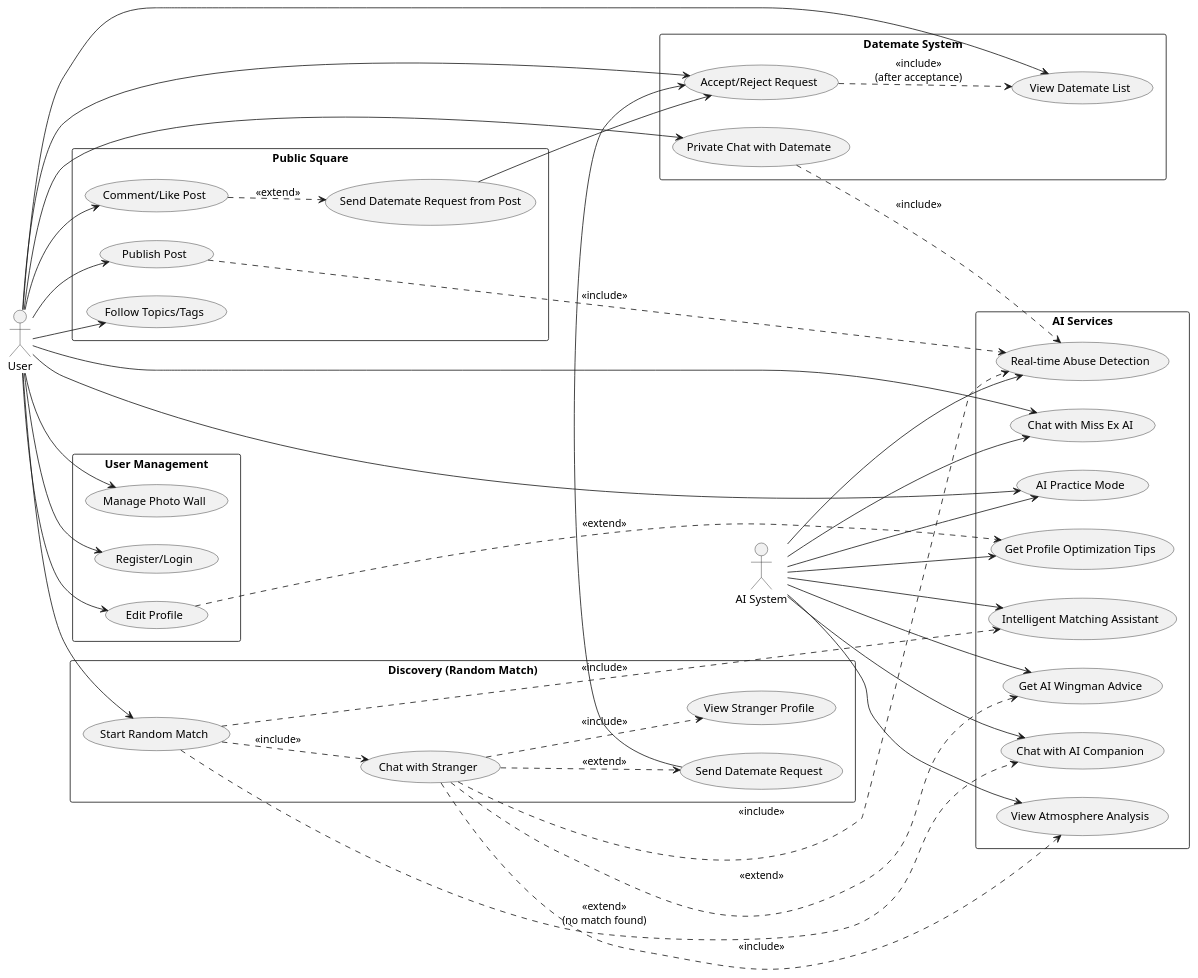
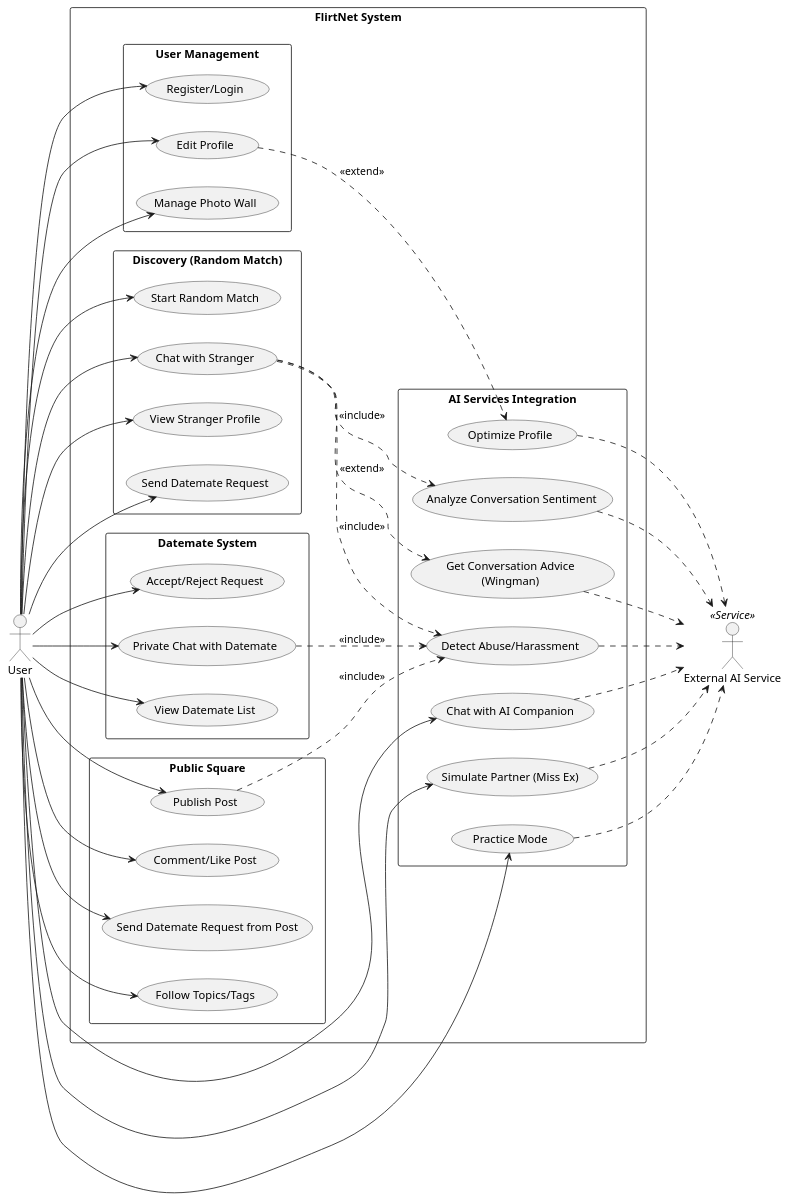
The diagram in doc/diagrams/usecase.puml (TerenceSoOn/software_design_assessment), drawn with PlantUML before and after one commit. The commit also changed 33 other files, not shown here.

Commit message:
diagrams_final

```diff
--- a/doc/diagrams/usecase.puml
+++ b/doc/diagrams/usecase.puml
@@ -1,97 +1,88 @@
 @startuml
 left to right direction
 skinparam packageStyle rectangle
 
 actor "User" as U
-actor "AI System" as AI
+actor "External AI Service" as AI_API <<Service>>
 
-rectangle "User Management" {
-  usecase "Register/Login" as UC_Auth
-  usecase "Edit Profile" as UC_EditProfile
-  usecase "Manage Photo Wall" as UC_Photos
+rectangle "FlirtNet System" {
+
+  package "User Management" {
+    usecase "Register/Login" as UC_Auth
+    usecase "Edit Profile" as UC_EditProfile
+    usecase "Manage Photo Wall" as UC_Photos
+  }
+
+  package "Discovery (Random Match)" {
+    usecase "Start Random Match" as UC_Match
+    usecase "Chat with Stranger" as UC_ChatRandom
+    usecase "View Stranger Profile" as UC_ViewProfile
+    usecase "Send Datemate Request" as UC_SendReq_Match
+  }
+
+  package "Datemate System" {
+    usecase "Accept/Reject Request" as UC_HandleReq
+    usecase "Private Chat with Datemate" as UC_ChatPrivate
+    usecase "View Datemate List" as UC_ViewDatemates
+  }
+
+  package "Public Square" {
+    usecase "Publish Post" as UC_Post
+    usecase "Comment/Like Post" as UC_Interact
+    usecase "Send Datemate Request from Post" as UC_SendReq_Post
+    usecase "Follow Topics/Tags" as UC_Follow
+  }
+
+  package "AI Services Integration" {
+    usecase "Get Conversation Advice\n(Wingman)" as UC_AI_Wingman
+    usecase "Analyze Conversation Sentiment" as UC_AI_Atmosphere
+    usecase "Detect Abuse/Harassment" as UC_AI_Safety
+    usecase "Optimize Profile" as UC_AI_Profile
+    usecase "Chat with AI Companion" as UC_AI_Companion
+    usecase "Simulate Partner (Miss Ex)" as UC_AI_Ex
+    usecase "Practice Mode" as UC_AI_Practice
+  }
 }
 
-rectangle "Discovery (Random Match)" {
-  usecase "Start Random Match" as UC_Match
-  usecase "Chat with Stranger" as UC_ChatRandom
-  usecase "View Stranger Profile" as UC_ViewProfile
-  usecase "Send Datemate Request" as UC_SendReq_Match
-}
-
-rectangle "Datemate System" {
-  usecase "Accept/Reject Request" as UC_HandleReq
-  usecase "Private Chat with Datemate" as UC_ChatPrivate
-  usecase "View Datemate List" as UC_ViewDatemates
-}
-
-rectangle "Public Square" {
-  usecase "Publish Post" as UC_Post
-  usecase "Comment/Like Post" as UC_Interact
-  usecase "Send Datemate Request from Post" as UC_SendReq_Post
-  usecase "Follow Topics/Tags" as UC_Follow
-}
-
-rectangle "AI Services" {
-  usecase "Chat with AI Companion" as UC_AI_Companion
-  usecase "Chat with Miss Ex AI" as UC_AI_Ex
-  usecase "AI Practice Mode" as UC_AI_Practice
-  usecase "Get AI Wingman Advice" as UC_AI_Wingman
-  usecase "View Atmosphere Analysis" as UC_AI_Atmosphere
-  usecase "Get Profile Optimization Tips" as UC_AI_Profile
-  usecase "Real-time Abuse Detection" as UC_AI_Safety
-  usecase "Intelligent Matching Assistant" as UC_AI_Matching
-}
-
-' User Management
+' User Interactions
 U --> UC_Auth
 U --> UC_EditProfile
 U --> UC_Photos
-UC_EditProfile ..> UC_AI_Profile : <<extend>>
 
-' Discovery Flow
 U --> UC_Match
-UC_Match ..> UC_ChatRandom : <<include>>
-UC_ChatRandom ..> UC_ViewProfile : <<include>>
+U --> UC_ChatRandom
+U --> UC_ViewProfile
+U --> UC_SendReq_Match
+
+U --> UC_HandleReq
+U --> UC_ChatPrivate
+U --> UC_ViewDatemates
+
+U --> UC_Post
+U --> UC_Interact
+U --> UC_Follow
+U --> UC_SendReq_Post
+
+' Direct AI Feature Usage
+U --> UC_AI_Companion
+U --> UC_AI_Ex
+U --> UC_AI_Practice
+
+' AI Integration (Includes/Extends)
 UC_ChatRandom ..> UC_AI_Wingman : <<extend>>
 UC_ChatRandom ..> UC_AI_Atmosphere : <<include>>
 UC_ChatRandom ..> UC_AI_Safety : <<include>>
-UC_ChatRandom ..> UC_SendReq_Match : <<extend>>
+UC_ChatPrivate ..> UC_AI_Safety : <<include>>
+UC_Post ..> UC_AI_Safety : <<include>>
+UC_EditProfile ..> UC_AI_Profile : <<extend>>
 
-' AI Companion Fallback
-UC_Match ..> UC_AI_Companion : <<extend>>\n(no match found)
-
-' Matching Assistant
-UC_Match ..> UC_AI_Matching : <<include>>
-
-' Datemate System
-U --> UC_HandleReq
-UC_SendReq_Match --> UC_HandleReq
-UC_SendReq_Post --> UC_HandleReq
-UC_HandleReq ..> UC_ViewDatemates : <<include>>\n(after acceptance)
-
-U --> UC_ChatPrivate
-U --> UC_ViewDatemates
-UC_ChatPrivate ..> UC_AI_Safety : <<include>>
-
-' Public Square
-U --> UC_Post
-U --> UC_Interact
-U --> UC_Follow
-UC_Interact ..> UC_SendReq_Post : <<extend>>
-UC_Post ..> UC_AI_Safety : <<include>>
-
-' Standalone AI Features
-U --> UC_AI_Ex
-U --> UC_AI_Practice
-
-' AI Actor Relationships
-AI --> UC_AI_Companion
-AI --> UC_AI_Ex
-AI --> UC_AI_Practice
-AI --> UC_AI_Wingman
-AI --> UC_AI_Atmosphere
-AI --> UC_AI_Profile
-AI --> UC_AI_Safety
-AI --> UC_AI_Matching
+' External AI Service Connection
+UC_AI_Wingman ..> AI_API
+UC_AI_Atmosphere ..> AI_API
+UC_AI_Safety ..> AI_API
+UC_AI_Profile ..> AI_API
+UC_AI_Companion ..> AI_API
+UC_AI_Ex ..> AI_API
+UC_AI_Practice ..> AI_API
 
 @enduml
```
